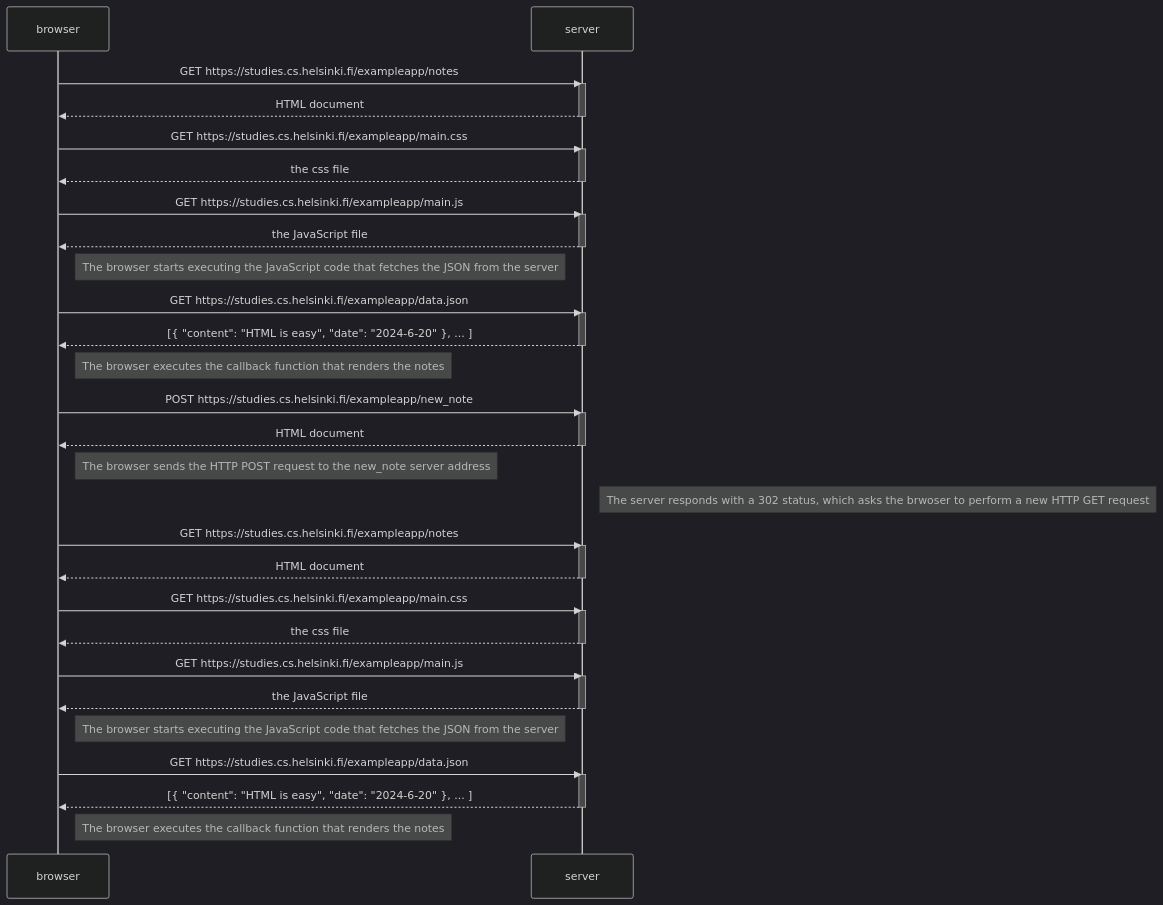
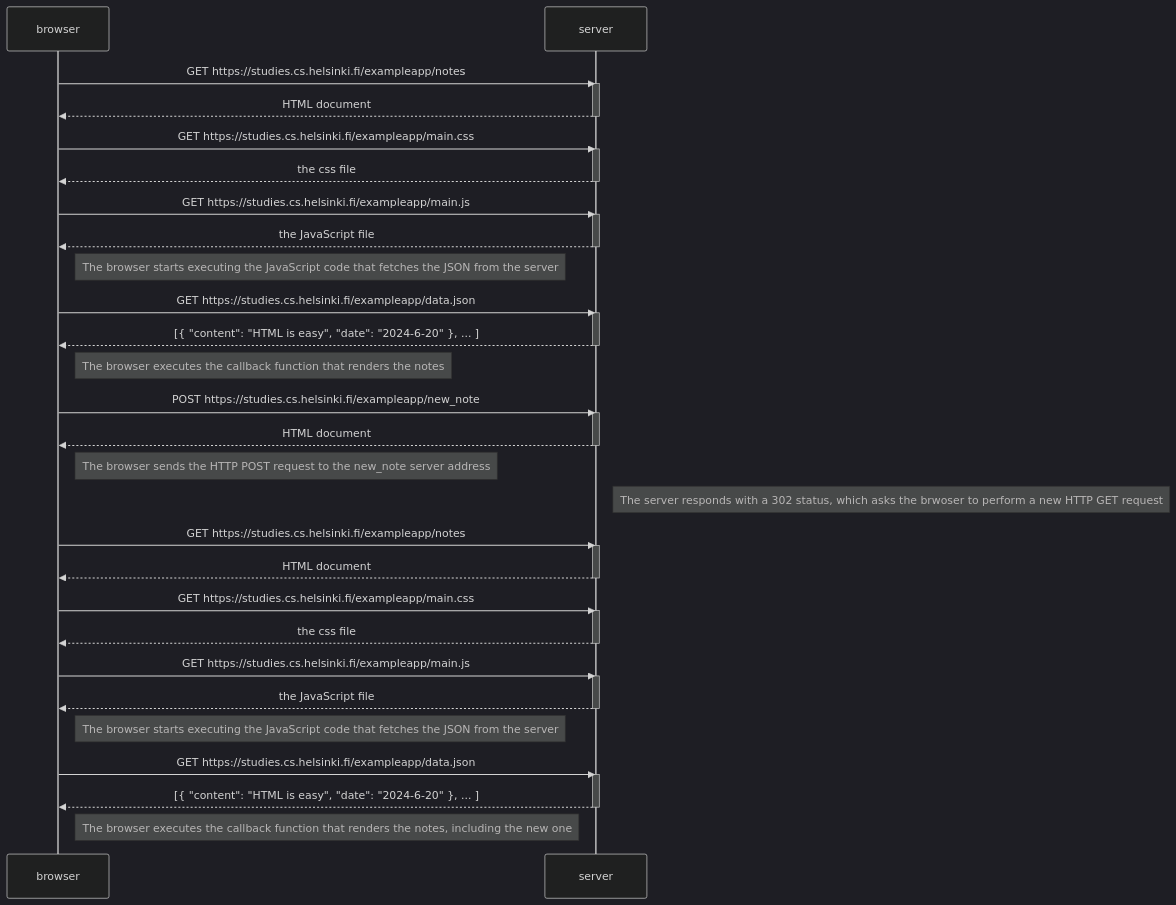
One commit to adeadelaide/fullstack-web-dev changed the diagram in part0/04.md. Above: the diagram before and after it, drawn with Mermaid (dark theme).

````diff
--- a/part0/04.md
+++ b/part0/04.md
@@ -1,60 +1,60 @@
 ```mermaid
     sequenceDiagram
         participant browser
         participant server
 
         browser->>server: GET https://studies.cs.helsinki.fi/exampleapp/notes
 
         activate server
         server-->>browser: HTML document
         deactivate server
 
         browser->>server: GET https://studies.cs.helsinki.fi/exampleapp/main.css
         activate server
         server-->>browser: the css file
         deactivate server
 
         browser->>server: GET https://studies.cs.helsinki.fi/exampleapp/main.js
         activate server
         server-->>browser: the JavaScript file
         deactivate server
 
         Note right of browser: The browser starts executing the JavaScript code that fetches the JSON from the server
 
         browser->>server: GET https://studies.cs.helsinki.fi/exampleapp/data.json
         activate server
         server-->>browser: [{ "content": "HTML is easy", "date": "2024-6-20" }, ... ]
         deactivate server
 
         Note right of browser: The browser executes the callback function that renders the notes
     
         browser->>server: POST https://studies.cs.helsinki.fi/exampleapp/new_note
         activate server
         server-->>browser: HTML document
         deactivate server
         Note right of browser: The browser sends the HTTP POST request to the new_note server address
         Note right of server: The server responds with a 302 status, which asks the brwoser to perform a new HTTP GET request
 
         browser->>server: GET https://studies.cs.helsinki.fi/exampleapp/notes
         activate server
         server-->>browser: HTML document
         deactivate server
 
             browser->>server: GET https://studies.cs.helsinki.fi/exampleapp/main.css
         activate server
         server-->>browser: the css file
         deactivate server
 
         browser->>server: GET https://studies.cs.helsinki.fi/exampleapp/main.js
         activate server
         server-->>browser: the JavaScript file
         deactivate server
 
         Note right of browser: The browser starts executing the JavaScript code that fetches the JSON from the server
 
         browser->>server: GET https://studies.cs.helsinki.fi/exampleapp/data.json
         activate server
         server-->>browser: [{ "content": "HTML is easy", "date": "2024-6-20" }, ... ]
         deactivate server
-        Note right of browser: The browser executes the callback function that renders the notes
+        Note right of browser: The browser executes the callback function that renders the notes, including the new one
 ```
````
